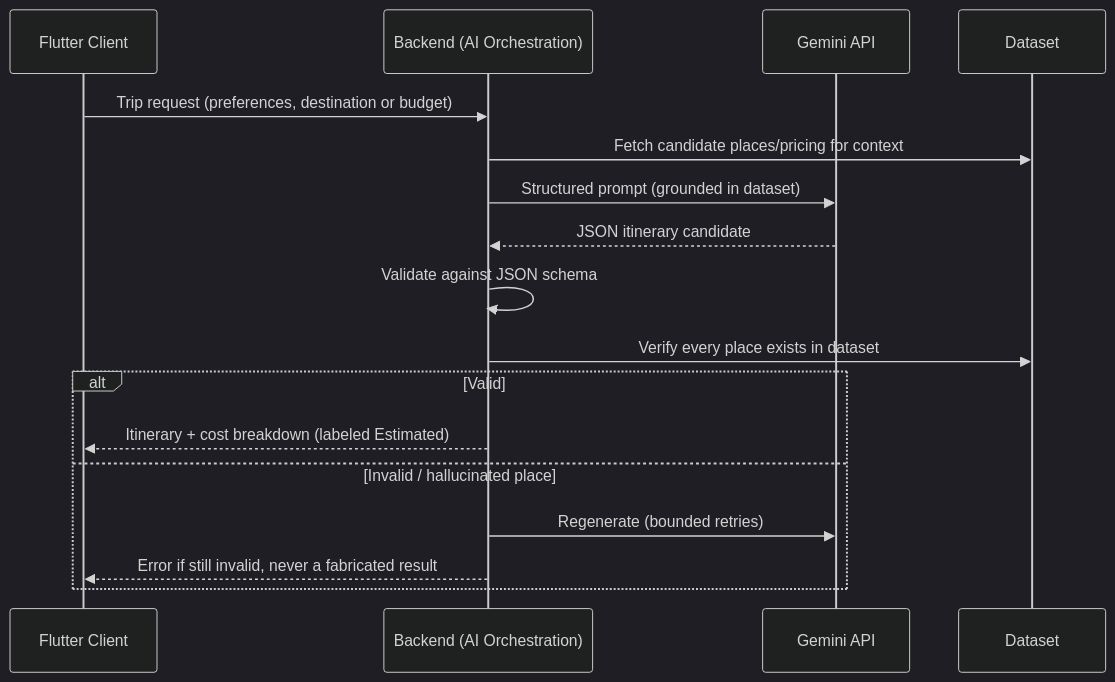
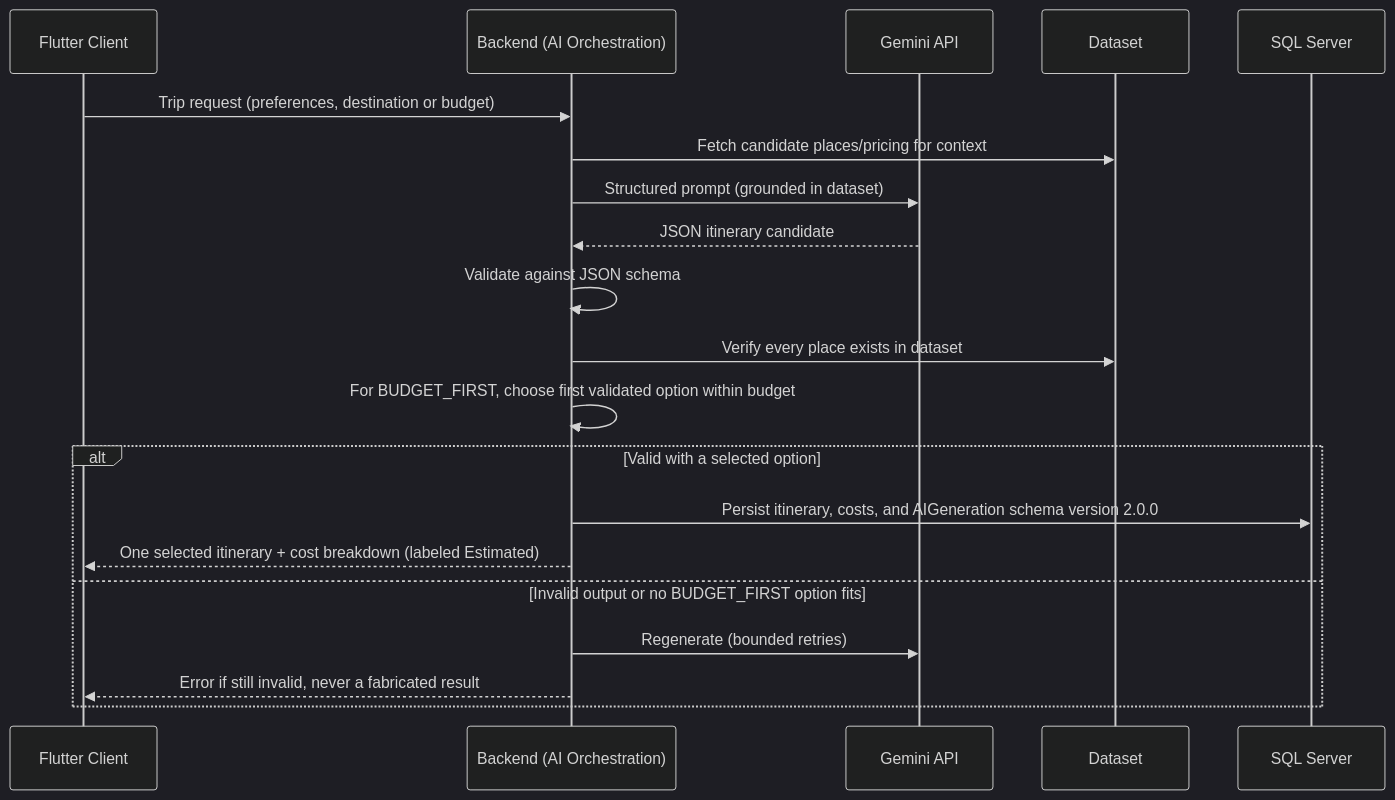
Before and after one commit to adam-alAj/Triply: the third of 3 diagrams in Docs/03_TRIPLY_System_Architecture.md, drawn with Mermaid (dark theme). The commit also changed other lines of this file and 30 other files, not shown here.

````diff
--- a/Docs/03_TRIPLY_System_Architecture.md
+++ b/Docs/03_TRIPLY_System_Architecture.md
@@ -78,20 +78,23 @@
 ```mermaid
 sequenceDiagram
     participant C as Flutter Client
     participant B as Backend (AI Orchestration)
     participant G as Gemini API
     participant D as Dataset
+    participant DB as SQL Server
 
     C->>B: Trip request (preferences, destination or budget)
     B->>D: Fetch candidate places/pricing for context
     B->>G: Structured prompt (grounded in dataset)
     G-->>B: JSON itinerary candidate
     B->>B: Validate against JSON schema
     B->>D: Verify every place exists in dataset
-    alt Valid
-        B-->>C: Itinerary + cost breakdown (labeled Estimated)
-    else Invalid / hallucinated place
+    B->>B: For BUDGET_FIRST, choose first validated option within budget
+    alt Valid with a selected option
+        B->>DB: Persist itinerary, costs, and AIGeneration schema version 2.0.0
+        B-->>C: One selected itinerary + cost breakdown (labeled Estimated)
+    else Invalid output or no BUDGET_FIRST option fits
         B->>G: Regenerate (bounded retries)
         B-->>C: Error if still invalid, never a fabricated result
     end
 ```
````
